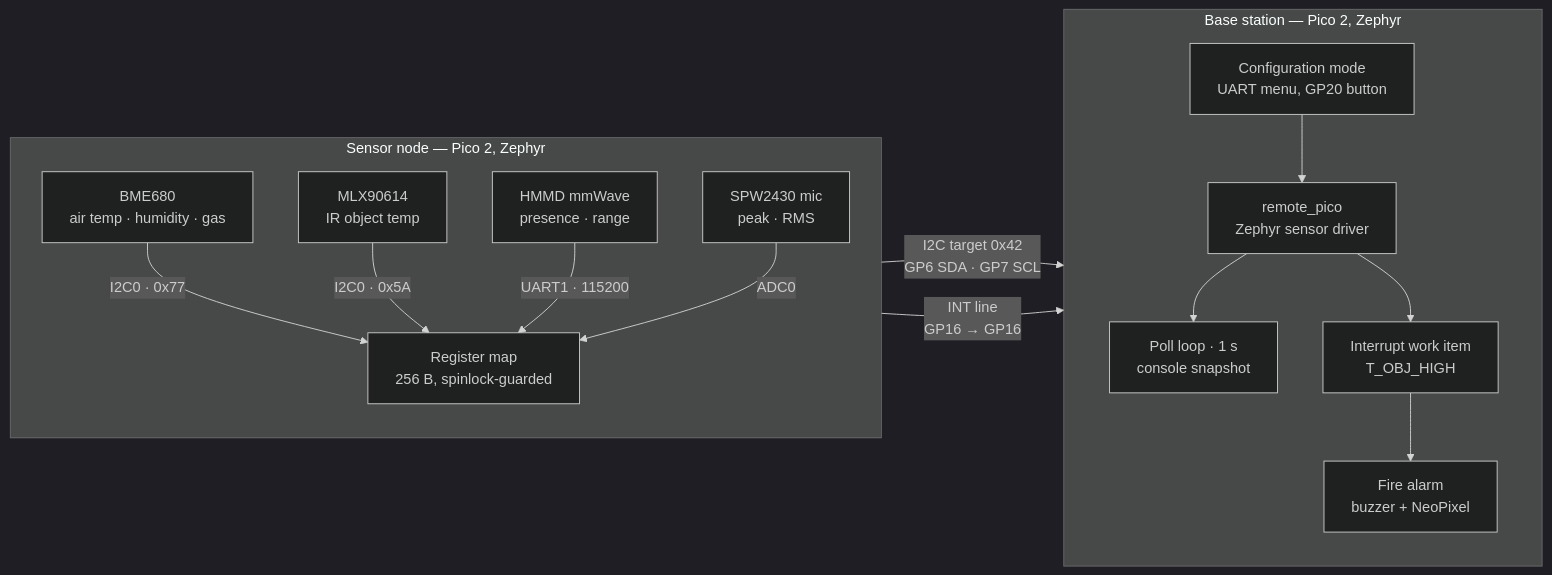
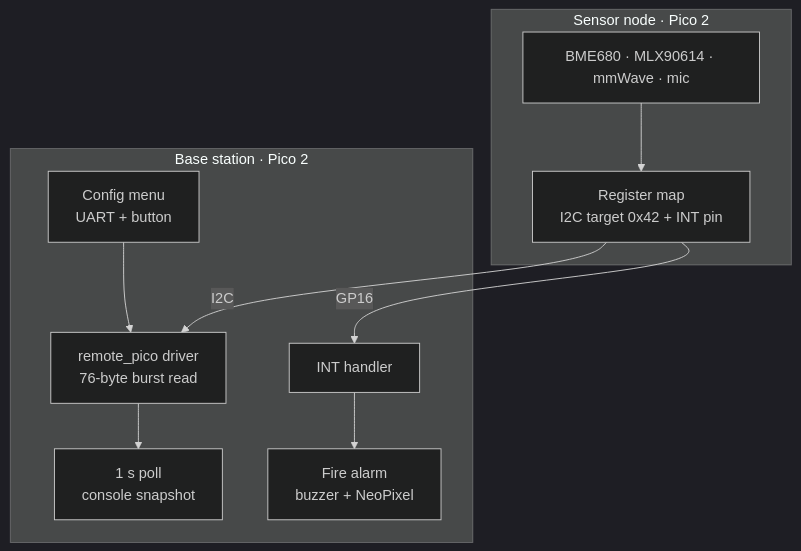
One commit to Padmaja777AI/embedded-fire-occupancy changed the diagram in README.md. Above: the diagram before and after it, drawn with Mermaid (dark theme). The commit also changed other lines of this file, not shown here.

Commit message:
docs: README review edits (wording, compact diagram, attribution footnote)
- say "collects readings from" rather than "fuses": no fusion is implemented
- replace the two-subgraph diagram with a compact top-to-bottom flow;
  pins and buses stay in the wiring tables
- footnote the contributor-provided part of one team role versus the
  report-stated roles
- place the optional west project filter before the first west update
- present the BME680 gas-status bit finding as a source-review concern
  to verify against the datasheet

Claude-Session: https://claude.ai/code/session_01VVa5wzt2mjGDnwFYLn5Swo

````diff
--- a/README.md
+++ b/README.md
@@ -36,30 +36,13 @@
 ```mermaid
-flowchart LR
-    subgraph SN["Sensor node — Pico 2, Zephyr"]
-        direction TB
-        S1["BME680<br/>air temp · humidity · gas"]
-        S2["MLX90614<br/>IR object temp"]
-        S3["HMMD mmWave<br/>presence · range"]
-        S4["SPW2430 mic<br/>peak · RMS"]
-        RM["Register map<br/>256 B, spinlock-guarded"]
-        S1 -- "I2C0 · 0x77" --> RM
-        S2 -- "I2C0 · 0x5A" --> RM
-        S3 -- "UART1 · 115200" --> RM
-        S4 -- "ADC0" --> RM
+flowchart TB
+    subgraph NODE["Sensor node · Pico 2"]
+        S["BME680 · MLX90614 · mmWave · mic"] --> RM["Register map<br/>I2C target 0x42 + INT pin"]
     end
-
-    subgraph BS["Base station — Pico 2, Zephyr"]
-        direction TB
-        DRV["remote_pico<br/>Zephyr sensor driver"]
-        LOOP["Poll loop · 1 s<br/>console snapshot"]
-        IRQW["Interrupt work item<br/>T_OBJ_HIGH"]
-        ALARM["Fire alarm<br/>buzzer + NeoPixel"]
-        CFG["Configuration mode<br/>UART menu, GP20 button"]
-        DRV --> LOOP
-        DRV --> IRQW --> ALARM
-        CFG --> DRV
+    subgraph BASE["Base station · Pico 2"]
+        DRV["remote_pico driver<br/>76-byte burst read"] --> POLL["1 s poll<br/>console snapshot"]
+        IRQ["INT handler"] --> ALARM["Fire alarm<br/>buzzer + NeoPixel"]
+        CFG["Config menu<br/>UART + button"] --> DRV
     end
-
-    RM -- "I2C target 0x42<br/>GP6 SDA · GP7 SCL" --> DRV
-    RM -- "INT line<br/>GP16 → GP16" --> IRQW
+    RM -- "I2C" --> DRV
+    RM -- "GP16" --> IRQ
 ```
````
